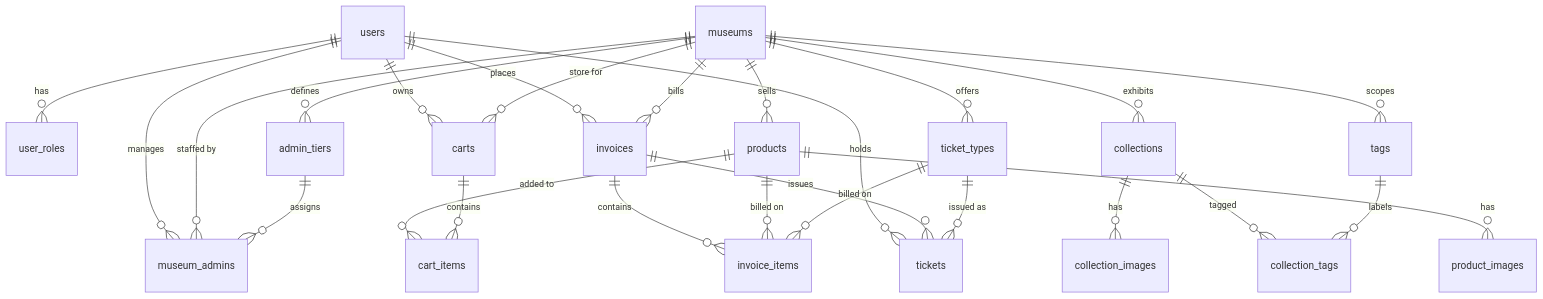
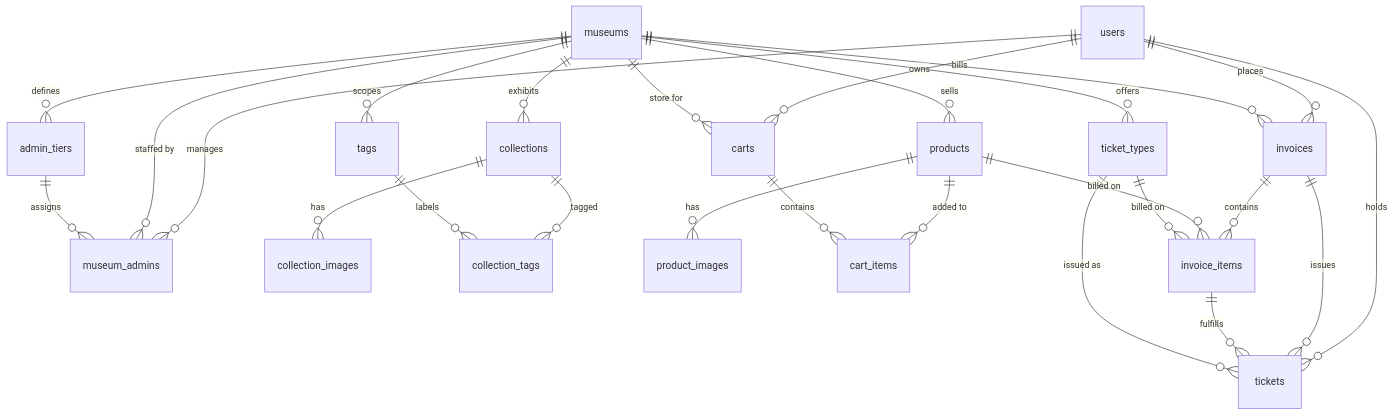
Before and after one commit to zetomis-was-taken/Mixi-Museum-Backend: the diagram in docs/database-design.md, drawn with Mermaid. The commit also changed other lines of this file and 1 other file, not shown here.

````diff
--- a/docs/database-design.md
+++ b/docs/database-design.md
@@ -67,34 +67,34 @@
 ```mermaid
 erDiagram
-  users ||--o{ user_roles : has
   users ||--o{ museum_admins : "manages"
   users ||--o{ carts : owns
   users ||--o{ invoices : places
   users ||--o{ tickets : holds
 
   museums ||--o{ museum_admins : "staffed by"
   museums ||--o{ admin_tiers : defines
   museums ||--o{ collections : exhibits
   museums ||--o{ tags : scopes
   museums ||--o{ products : sells
   museums ||--o{ carts : "store for"
   museums ||--o{ invoices : bills
   museums ||--o{ ticket_types : offers
 
   admin_tiers ||--o{ museum_admins : "assigns"
 
   collections ||--o{ collection_images : has
   collections ||--o{ collection_tags : tagged
   tags ||--o{ collection_tags : labels
 
   products ||--o{ product_images : has
   products ||--o{ cart_items : "added to"
   carts ||--o{ cart_items : contains
 
   invoices ||--o{ invoice_items : contains
   invoices ||--o{ tickets : issues
+  invoice_items ||--o{ tickets : "fulfills"
   ticket_types ||--o{ tickets : "issued as"
 
   products ||--o{ invoice_items : "billed on"
   ticket_types ||--o{ invoice_items : "billed on"
 ```
````
